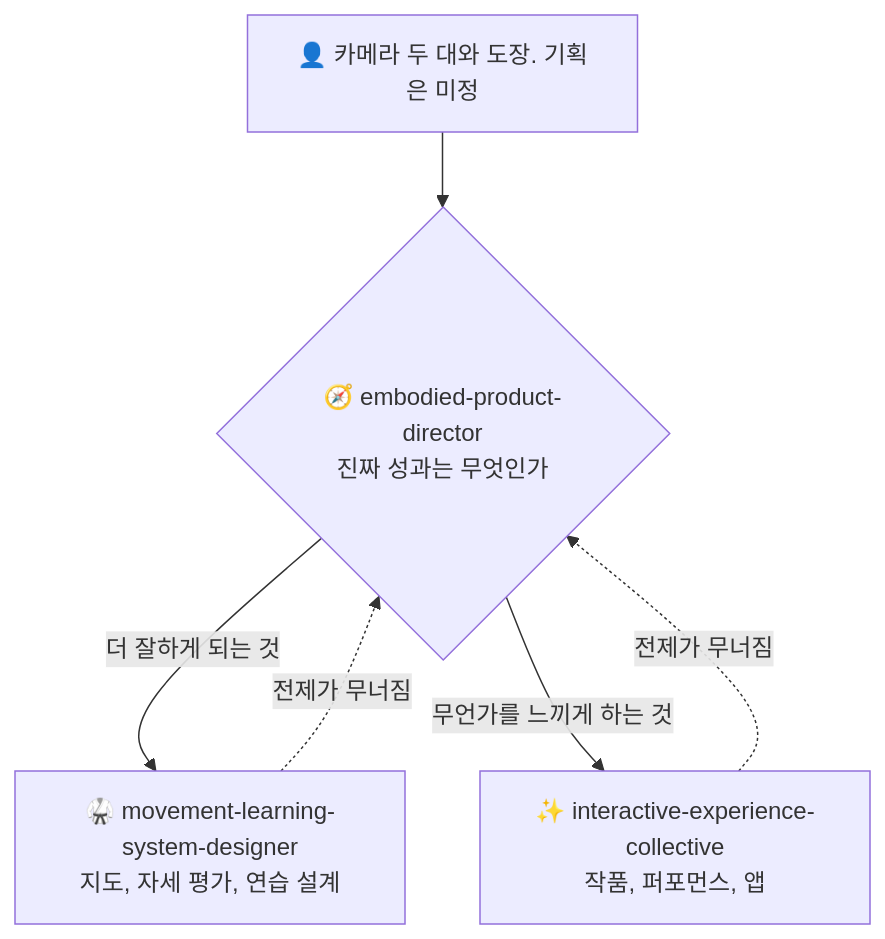
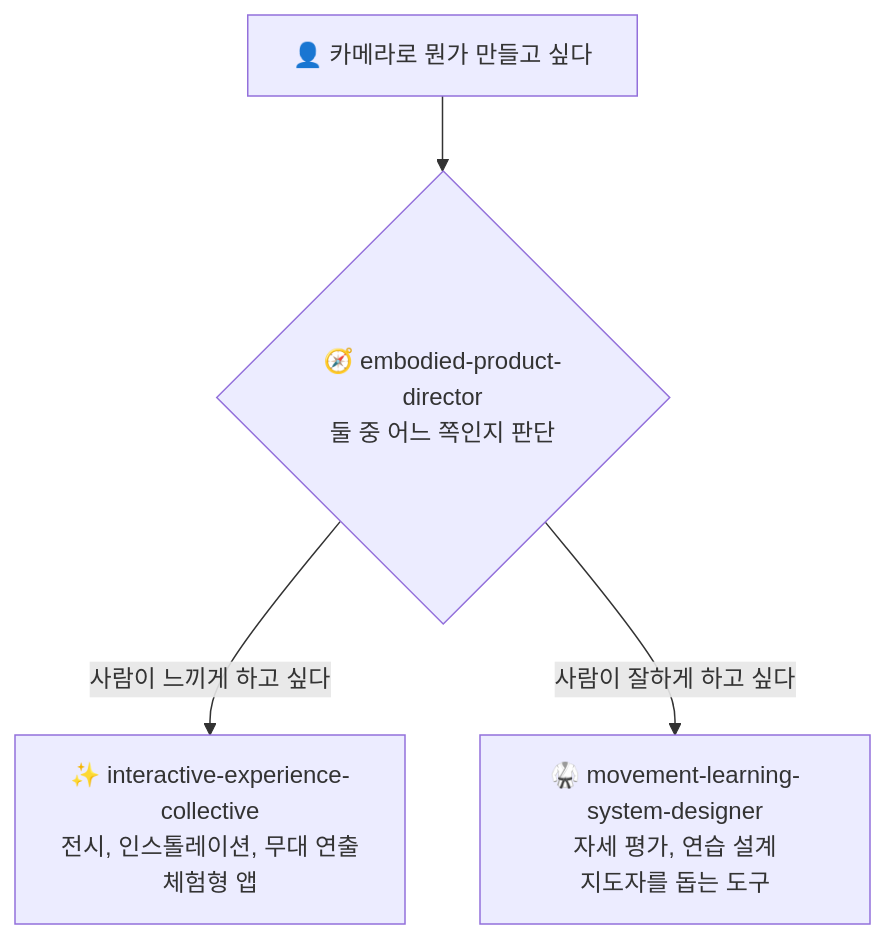
Before and after one commit to takaoumehara/interactive-experience-skills: the diagram in README.ko.md, drawn with Mermaid. The commit also changed other lines of this file and 19 other files, not shown here.

````diff
--- a/README.ko.md
+++ b/README.ko.md
@@ -25,8 +41,6 @@
 ```mermaid
 flowchart TD
-    U["👤 카메라 두 대와 도장. 기획은 미정"] --> D{"🧭 embodied-product-director<br/>진짜 성과는 무엇인가"}
-    D -->|"더 잘하게 되는 것"| L["🥋 movement-learning-system-designer<br/>지도, 자세 평가, 연습 설계"]
-    D -->|"무언가를 느끼게 하는 것"| E["✨ interactive-experience-collective<br/>작품, 퍼포먼스, 앱"]
-    L -.->|"전제가 무너짐"| D
-    E -.->|"전제가 무너짐"| D
+    Q["👤 카메라로 뭔가 만들고 싶다"] --> D{"🧭 embodied-product-director<br/>둘 중 어느 쪽인지 판단"}
+    D -->|"사람이 느끼게 하고 싶다"| E["✨ interactive-experience-collective<br/>전시, 인스톨레이션, 무대 연출<br/>체험형 앱"]
+    D -->|"사람이 잘하게 하고 싶다"| L["🥋 movement-learning-system-designer<br/>자세 평가, 연습 설계<br/>지도자를 돕는 도구"]
 ```
````
